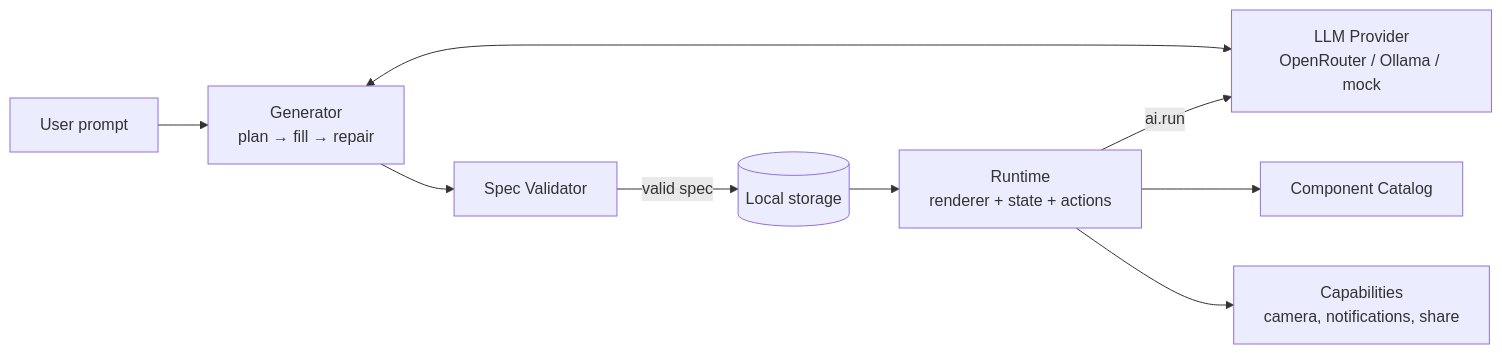
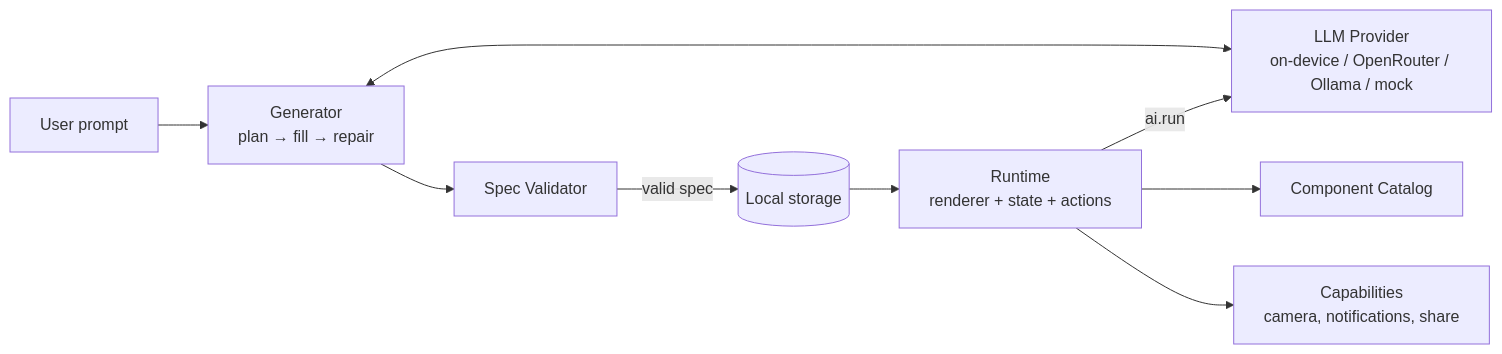
One commit to ru-das/jackapp changed the first of 2 diagrams in docs/ARCHITECTURE.md. Above: the diagram before and after it, drawn with Mermaid. The commit also changed other lines of this file and 30 other files, not shown here.

````diff
--- a/docs/ARCHITECTURE.md
+++ b/docs/ARCHITECTURE.md
@@ -11,11 +11,11 @@
 ```mermaid
 flowchart LR
   U[User prompt] --> G[Generator<br/>plan → fill → repair]
-  G <--> P[LLM Provider<br/>OpenRouter / Ollama / mock]
+  G <--> P[LLM Provider<br/>on-device / OpenRouter / Ollama / mock]
   G --> V[Spec Validator]
   V -->|valid spec| S[(Local storage)]
   S --> R[Runtime<br/>renderer + state + actions]
   R --> C[Component Catalog]
   R -->|ai.run| P
   R --> K[Capabilities<br/>camera, notifications, share]
 ```
````
